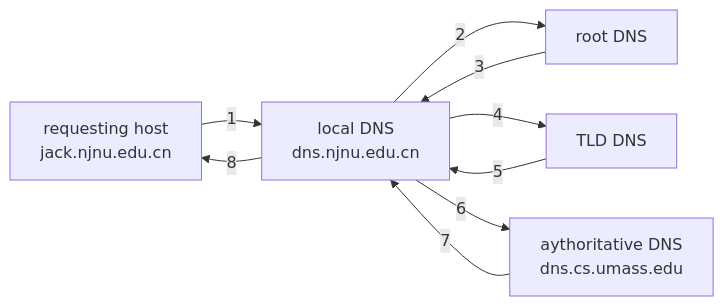
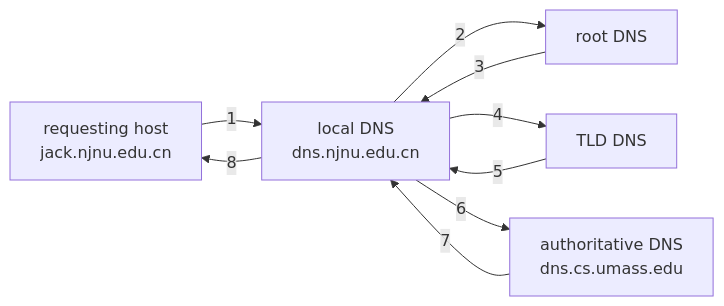
Before and after one commit to widcardw/my-notes: the second of 4 diagrams in docs/计算机网络/第7章_应用层.md, drawn with Mermaid. The commit also changed 80 other files, not shown here.

````diff
--- a/docs/计算机网络/第7章_应用层.md
+++ b/docs/计算机网络/第7章_应用层.md
@@ -168,12 +168,12 @@
 ```mermaid
 graph LR
 H["requesting host<br>jack.njnu.edu.cn"]
 R[root DNS]
 L["local DNS<br>dns.njnu.edu.cn"]
 T[TLD DNS]
-A["aythoritative DNS<br>dns.cs.umass.edu"]
+A["authoritative DNS<br>dns.cs.umass.edu"]
 H--1-->L--2-->R
 R--3-->L--4-->T
 T--5-->L--6-->A
 A--7-->L--8-->H
 ```
````
